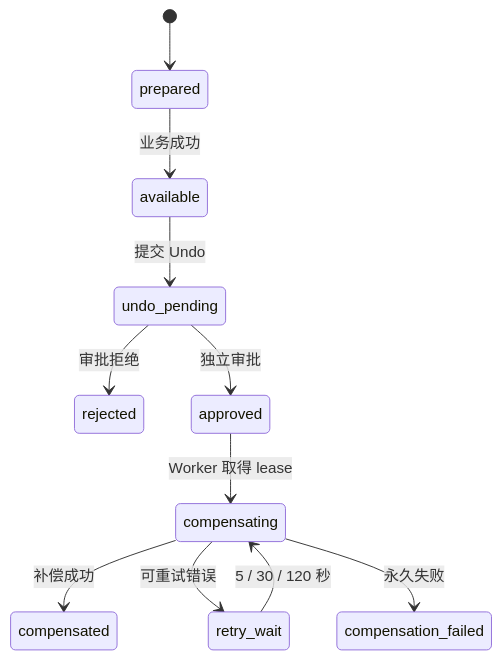
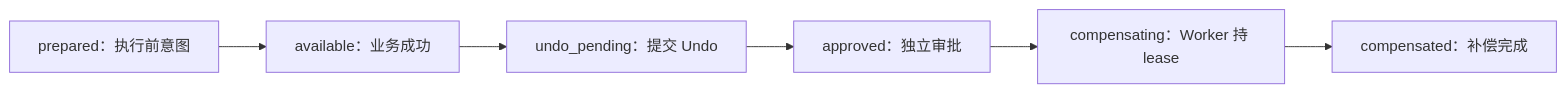
One commit to chuali-zi/agent_safety changed the fourth of 5 diagrams in docs/delivery/D1-technical-report-review-draft.md. Above: the diagram before and after it, drawn with Mermaid. The commit also changed other lines of this file and 900 other files, not shown here.

````diff
--- a/docs/delivery/D1-technical-report-review-draft.md
+++ b/docs/delivery/D1-technical-report-review-draft.md
@@ -248,13 +262,8 @@
 ```mermaid
-stateDiagram-v2
-    [*] --> prepared
-    prepared --> available: 业务成功
-    available --> undo_pending: 提交 Undo
-    undo_pending --> rejected: 审批拒绝
-    undo_pending --> approved: 独立审批
-    approved --> compensating: Worker 取得 lease
-    compensating --> compensated: 补偿成功
-    compensating --> retry_wait: 可重试错误
-    retry_wait --> compensating: 5 / 30 / 120 秒
-    compensating --> compensation_failed: 永久失败
+flowchart LR
+    P["prepared：执行前意图"] --> A["available：业务成功"]
+    A --> U["undo_pending：提交 Undo"]
+    U --> AP["approved：独立审批"]
+    AP --> C["compensating：Worker 持 lease"]
+    C --> OK["compensated：补偿完成"]
 ```
````
